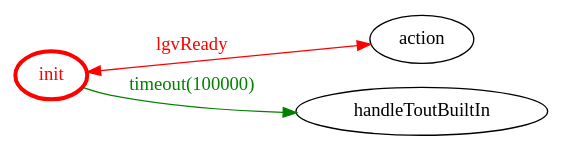
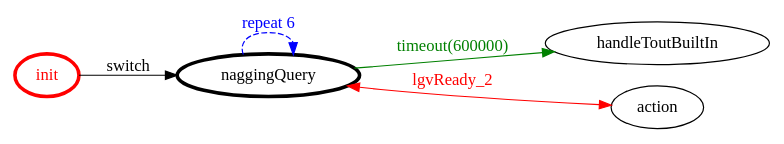
Before and after one commit to anatali/lss0: the diagram in it.unibo.e80/srcMore/it/unibo/lgvtester1/lgvtester1.gv, drawn with Graphviz. The commit also changed 377 other files, not shown here.

```diff
--- a/it.unibo.e80/srcMore/it/unibo/lgvtester1/lgvtester1.gv
+++ b/it.unibo.e80/srcMore/it/unibo/lgvtester1/lgvtester1.gv
@@ -1,16 +1,19 @@
 /*
 *
 * A GraphViz DOT FSM description 
 * Please use a GraphViz visualizer (like http://www.webgraphviz.com)
 *  
 */
 
 digraph finite_state_machine {
 	rankdir=LR
 	size="8,5"
 	
 	init [ color = red ][ fontcolor = red ][ penwidth = 3 ]
+	naggingQuery [ color = black ][ fontcolor = black ][ penwidth = 3 ]
 	
-	init -> action [ label = "lgvReady" ][ color = red ][ fontcolor = red ][ dir = both ]
-	init -> handleToutBuiltIn [ label = "timeout(100000)" ][ color = green ][ fontcolor = green ]
+	naggingQuery -> handleToutBuiltIn [ label = "timeout(600000)" ][ color = green ][ fontcolor = green ]
+	init -> naggingQuery [ label = "switch" ][ color = black ][ fontcolor = black ]
+	naggingQuery -> naggingQuery [ label = "repeat 6"][ style = dashed ][ color = blue ][ fontcolor = blue ]
+	naggingQuery -> action [ label = "lgvReady_2" ][ color = red ][ fontcolor = red ][ dir = both ]
 }
```
